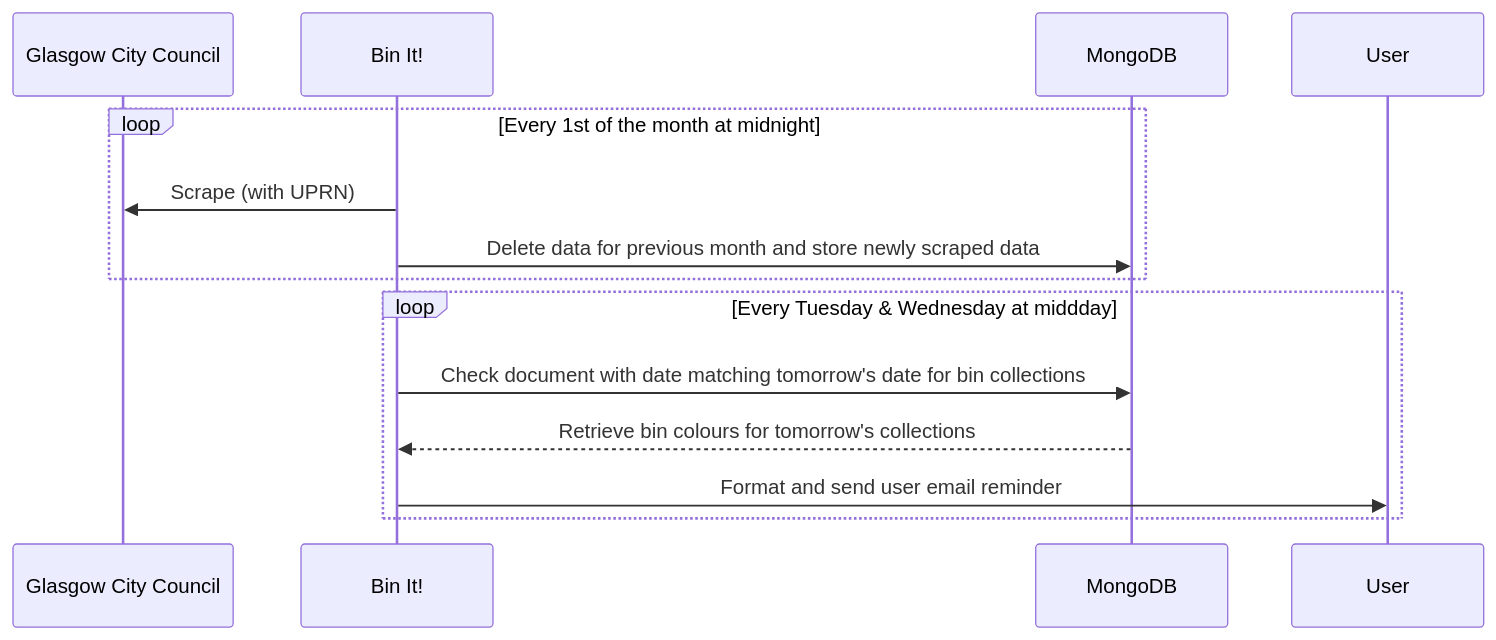
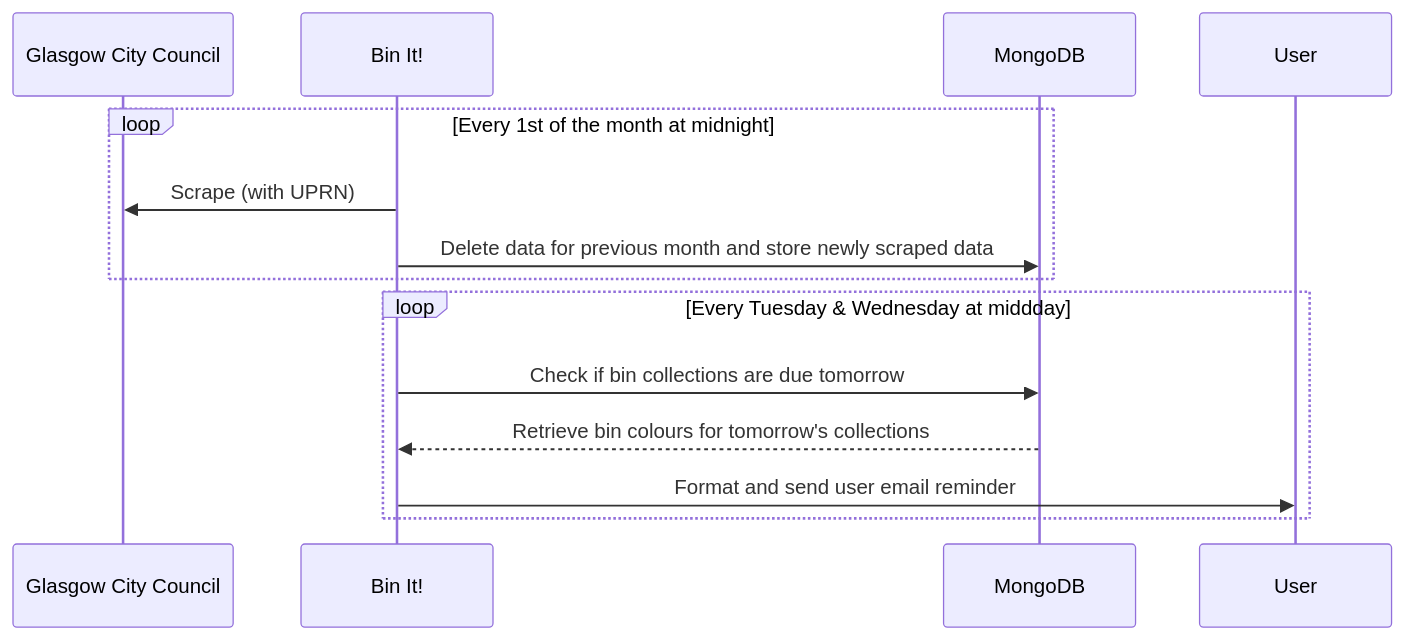
The diagram in README.md (rtasalem/bin-it), drawn with Mermaid before and after one commit. The commit also changed other lines of this file, not shown here.

````diff
--- a/README.md
+++ b/README.md
@@ -41,18 +41,18 @@
 ```mermaid
 sequenceDiagram
   participant GCC as Glasgow City Council
   participant APP as Bin It!
   participant MONGODB as MongoDB
   participant USER as User
 
   loop Every 1st of the month at midnight
     APP->>GCC: Scrape (with UPRN)
     APP->>MONGODB: Delete data for previous month and store newly scraped data
   end
 
   loop Every Tuesday & Wednesday at middday
-    APP->>MONGODB: Check document with date matching tomorrow's date for bin collections
+    APP->>MONGODB: Check if bin collections are due tomorrow
     MONGODB-->>APP: Retrieve bin colours for tomorrow's collections
     APP->>USER: Format and send user email reminder
   end
 ```
````
